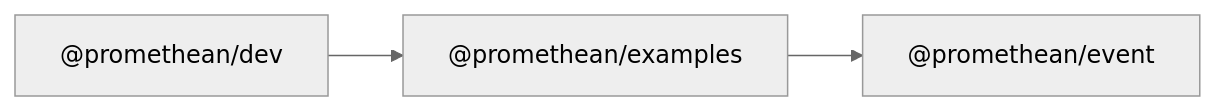
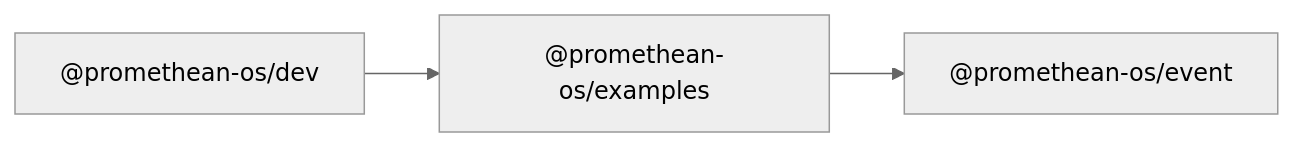
Before and after one commit to octave-commons/promethean: the diagram in docs/packages/examples/README.md, drawn with Mermaid (neutral theme). The commit also changed other lines of this file and 1753 other files, not shown here.

````diff
--- a/docs/packages/examples/README.md
+++ b/docs/packages/examples/README.md
@@ -14,10 +14,10 @@
 ```mermaid
 graph LR
-  A["@promethean/examples"]
-  D1["@promethean/event"]
-  R1["@promethean/dev"]
-  A --> D1["@promethean/event"]
-  R1["@promethean/dev"] --> A
-  click D1 "../event/README.md" "@promethean/event"
-  click R1 "../dev/README.md" "@promethean/dev"
+  A["@promethean-os/examples"]
+  D1["@promethean-os/event"]
+  R1["@promethean-os/dev"]
+  A --> D1["@promethean-os/event"]
+  R1["@promethean-os/dev"] --> A
+  click D1 "../event/README.md" "@promethean-os/event"
+  click R1 "../dev/README.md" "@promethean-os/dev"
 ```
````
